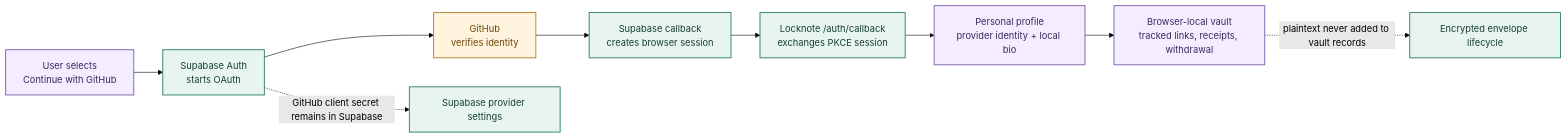
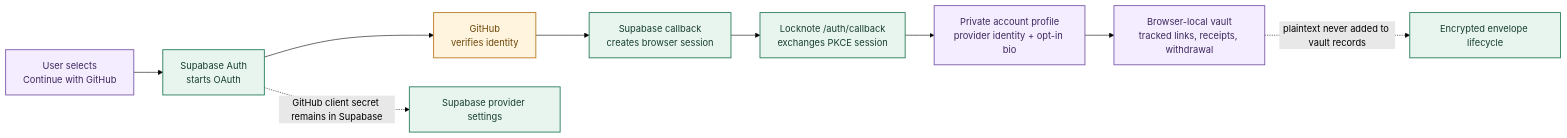
One commit to Simondavid07/Lock_NOTE changed the diagram in README.md. Above: the diagram before and after it, drawn with Mermaid (forest theme). The commit also changed other lines of this file and 36 other files, not shown here.

````diff
--- a/README.md
+++ b/README.md
@@ -63,20 +63,20 @@
 ```mermaid
 flowchart LR
     A[User selects\nContinue with GitHub] --> B[Supabase Auth\nstarts OAuth]
     B --> C[GitHub\nverifies identity]
     C --> D[Supabase callback\ncreates browser session]
     D --> E[Locknote /auth/callback\nexchanges PKCE session]
-    E --> F[Personal profile\nprovider identity + local bio]
+    E --> F[Private account profile\nprovider identity + opt-in bio]
     F --> G[Browser-local vault\ntracked links, receipts, withdrawal]
 
     B -. GitHub client secret remains in Supabase .-> H[Supabase provider settings]
     G -. plaintext never added to vault records .-> I[Encrypted envelope lifecycle]
 
     classDef trusted fill:#e8f5ef,stroke:#247a56,color:#173f30,stroke-width:1.5px;
     classDef local fill:#f4edff,stroke:#7958a8,color:#3e275e,stroke-width:1.5px;
     classDef external fill:#fff4dd,stroke:#b7791f,color:#6d4508,stroke-width:1.5px;
     class A,F,G local;
     class B,D,H trusted;
     class C external;
     class E,I trusted;
 ```
````
